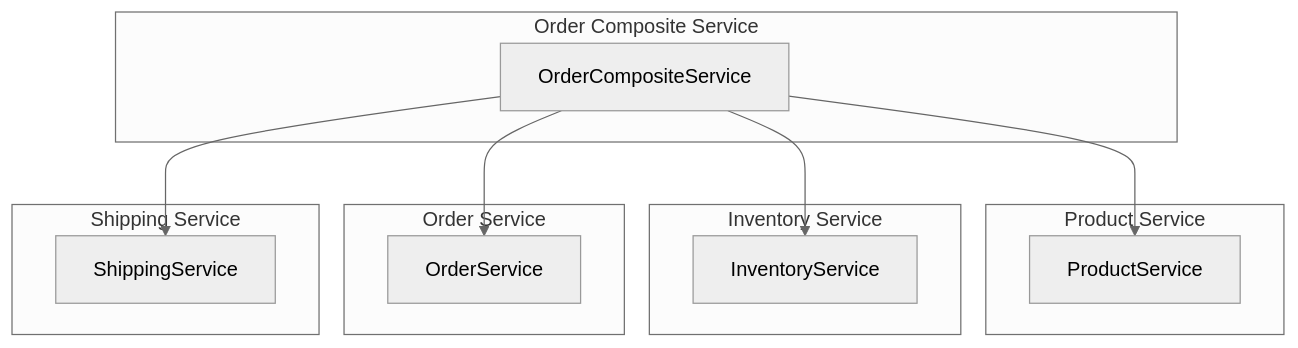
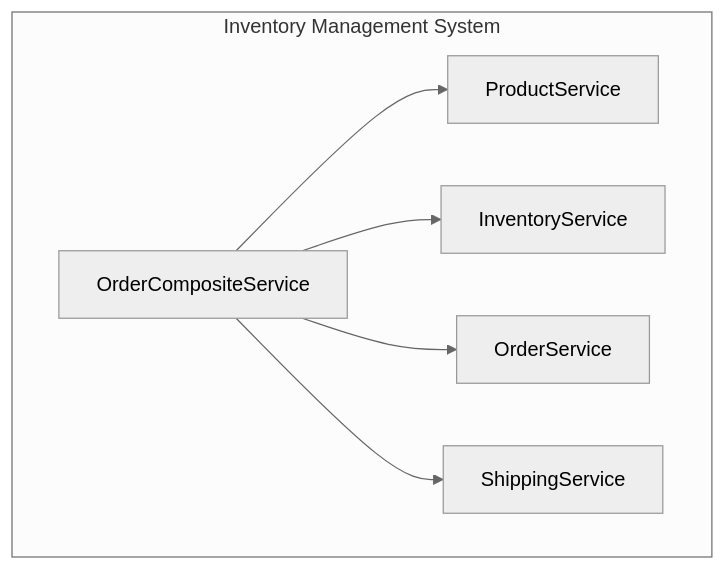
Before and after one commit to fejes99/OrderManagementSystem: the sixth of 7 diagrams in README.md, drawn with Mermaid (neutral theme). The commit also changed other lines of this file and 53 other files, not shown here.

````diff
--- a/README.md
+++ b/README.md
@@ -116,27 +124,19 @@
   ```mermaid
-  graph TD
-      subgraph "Product Service"
-          PS[ProductService]
-      end
-
-      subgraph "Inventory Service"
-          IS[InventoryService]
-      end
-
-      subgraph "Order Service"
-          OS[OrderService]
-      end
-
-      subgraph "Shipping Service"
-          SS[ShippingService]
-      end
-
-      subgraph "Order Composite Service"
-          OMS[OrderCompositeService]
+    graph TD
+      subgraph "Inventory Management System"
+        PS[ProductService]
+      
+        IS[InventoryService]
+            
+        OS[OrderService]
+        
+        SS[ShippingService]
+    
+        OMS[OrderCompositeService]
       end
 
       OMS --> PS
       OMS --> IS
       OMS --> OS
       OMS --> SS
   ```
````
